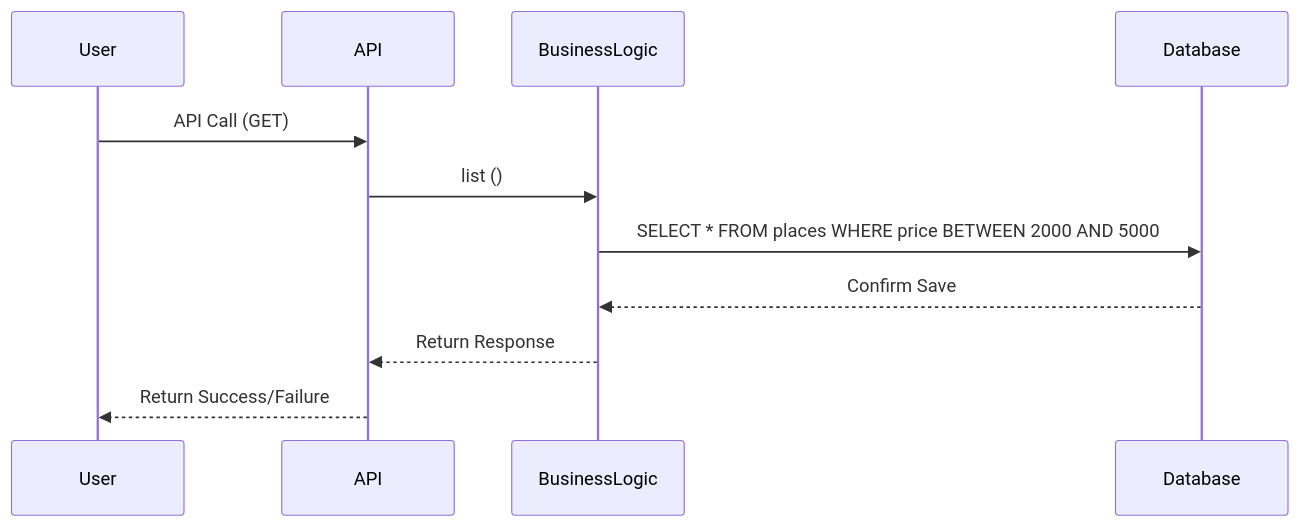
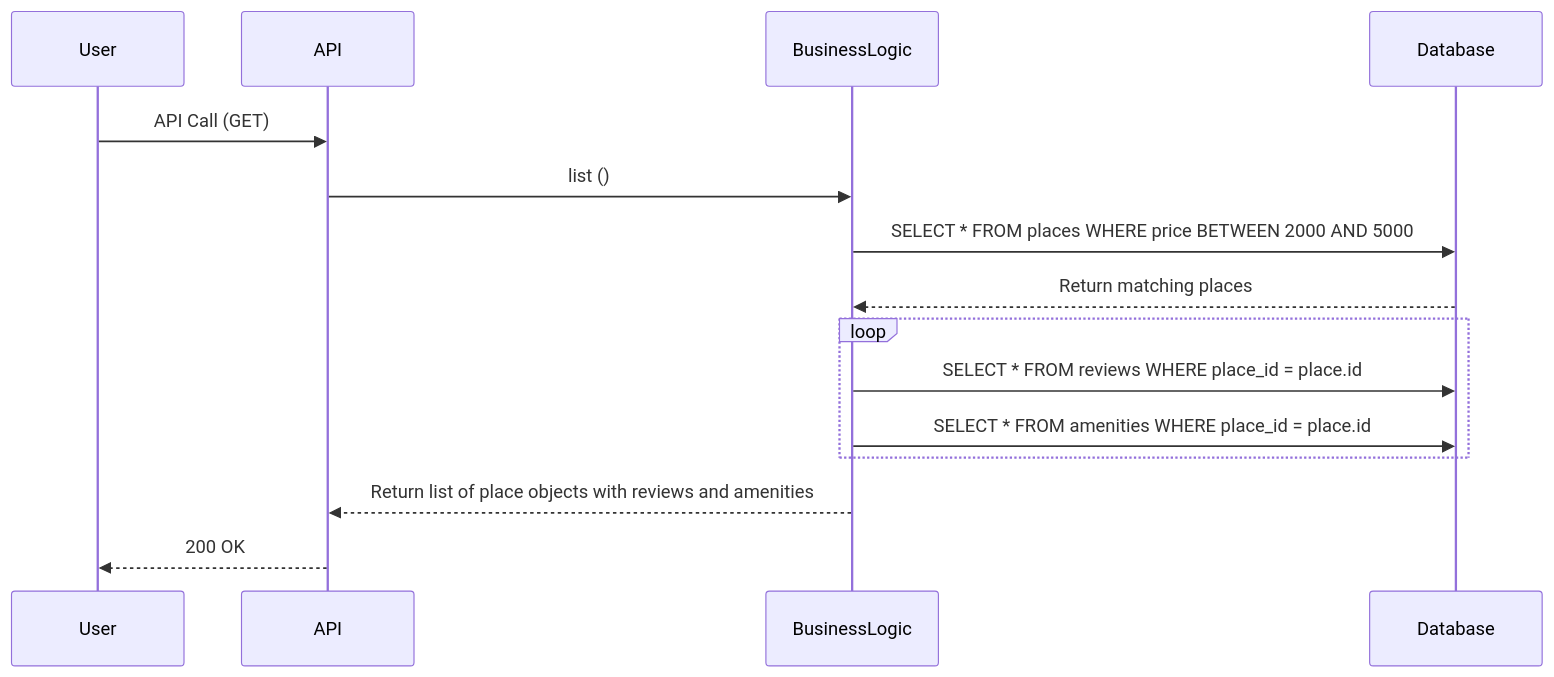
Before and after one commit to shahd-v/holbertonschool-hbnb: the fourth of 4 diagrams in README.md, drawn with Mermaid.

````diff
--- a/README.md
+++ b/README.md
@@ -85,14 +85,18 @@
 ```mermaid
 sequenceDiagram
 participant User
 participant API
 participant BusinessLogic
 participant Database
 
 User->>API: API Call (GET)
 API->>BusinessLogic: list ()
 BusinessLogic->>Database: SELECT * FROM places WHERE price BETWEEN 2000 AND 5000
-Database-->>BusinessLogic: Confirm Save
-BusinessLogic-->>API: Return Response
-API-->>User: Return Success/Failure
+Database-->>BusinessLogic: Return matching places
+loop
+BusinessLogic->>Database: SELECT * FROM reviews WHERE place_id = place.id
+BusinessLogic->>Database: SELECT * FROM amenities WHERE place_id = place.id
+end
+BusinessLogic-->>API: Return list of place objects with reviews and amenities
+API-->>User: 200 OK
 ```
````
